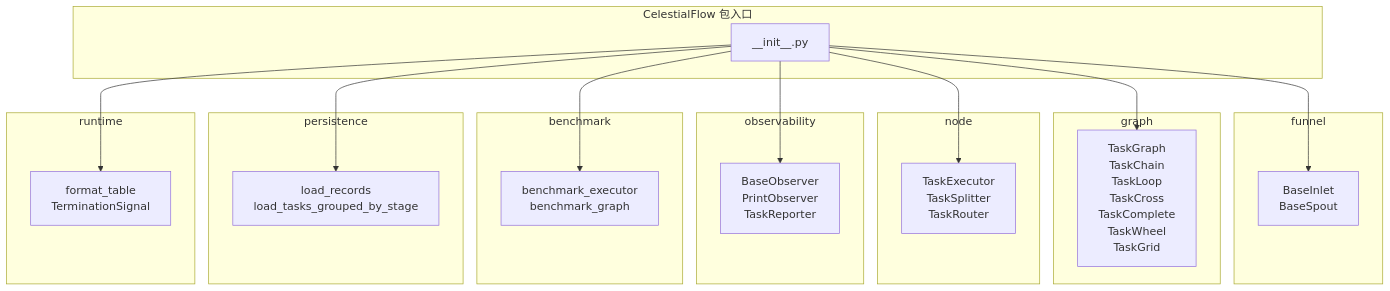
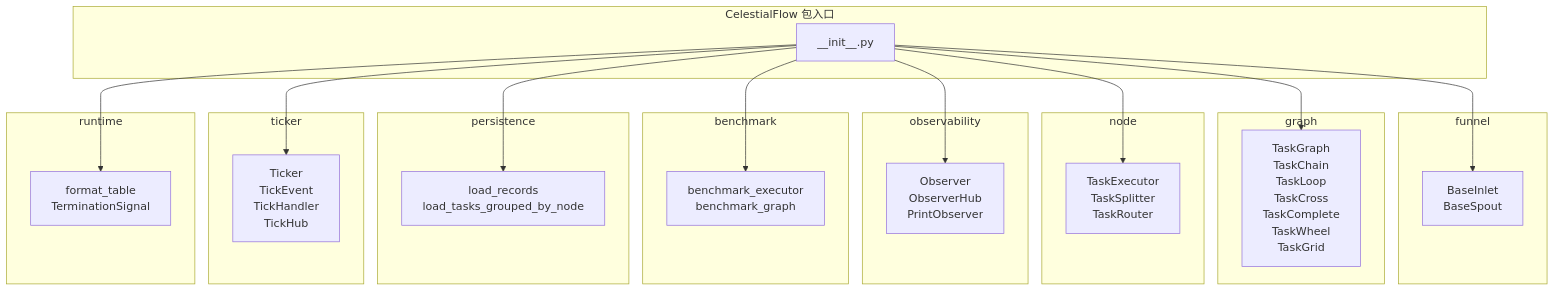
One commit to Mr-xiaotian/CelestialFlow changed the diagram in docs/zh-CN/src/__init__.md. Above: the diagram before and after it, drawn with Mermaid. The commit also changed other lines of this file and 74 other files, not shown here.

````diff
--- a/docs/zh-CN/src/__init__.md
+++ b/docs/zh-CN/src/__init__.md
@@ -206,42 +223,47 @@
 ```mermaid
 graph TD
     subgraph "CelestialFlow 包入口"
         Init["__init__.py"]
     end
 
     subgraph funnel
         F["BaseInlet<br/>BaseSpout"]
     end
 
     subgraph graph
         G["TaskGraph<br/>TaskChain<br/>TaskLoop<br/>TaskCross<br/>TaskComplete<br/>TaskWheel<br/>TaskGrid"]
     end
 
     subgraph node
         S["TaskExecutor<br/>TaskSplitter<br/>TaskRouter"]
     end
 
     subgraph observability
-        O["BaseObserver<br/>PrintObserver<br/>TaskReporter"]
+        O["Observer<br/>ObserverHub<br/>PrintObserver"]
     end
 
     subgraph benchmark
         U["benchmark_executor<br/>benchmark_graph"]
     end
 
     subgraph persistence
-        P["load_records<br/>load_tasks_grouped_by_stage"]
+        P["load_records<br/>load_tasks_grouped_by_node"]
+    end
+
+    subgraph ticker
+        K["Ticker<br/>TickEvent<br/>TickHandler<br/>TickHub"]
     end
 
     subgraph runtime
         R["format_table<br/>TerminationSignal"]
     end
 
     Init --> F
     Init --> G
     Init --> S
     Init --> O
     Init --> U
     Init --> P
+    Init --> K
     Init --> R
 ```
````
